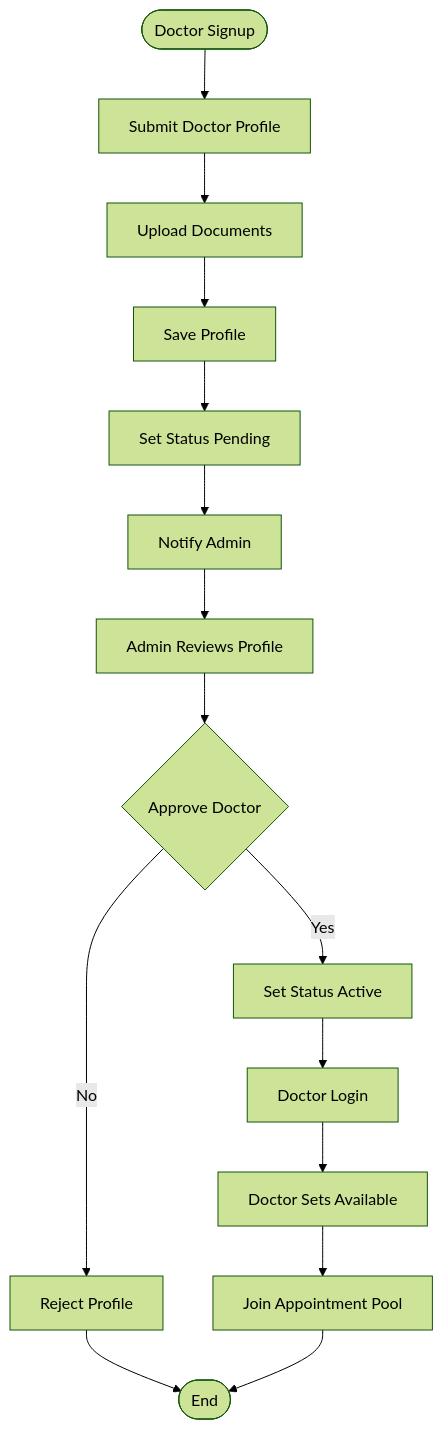
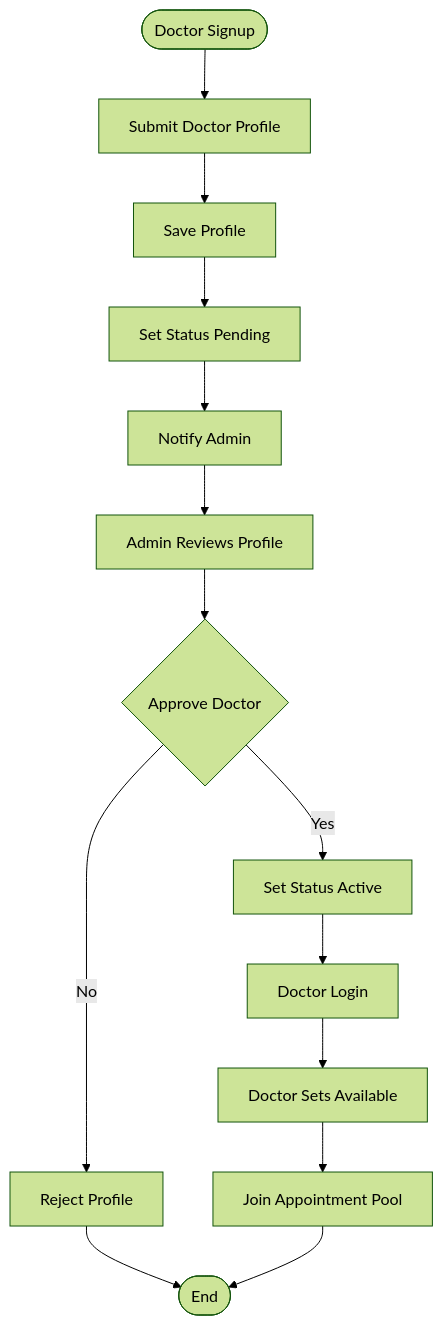
One commit to RobinMitra30/Online_Consultation_System changed the sixth of 12 diagrams in ARCHITECTURE.md. Above: the diagram before and after it, drawn with Mermaid (forest theme). The commit also changed other lines of this file, not shown here.

````diff
--- a/ARCHITECTURE.md
+++ b/ARCHITECTURE.md
@@ -269,37 +266,35 @@
 ```mermaid
 flowchart TD
 
     A([Doctor Signup])
 
     B[Submit Doctor Profile]
-
-    C[Upload Documents]
 
     D[Save Profile]
 
     E[Set Status Pending]
 
     F[Notify Admin]
 
     G[Admin Reviews Profile]
 
     H{Approve Doctor}
 
     I[Reject Profile]
 
     J[Set Status Active]
 
     K[Doctor Login]
 
     L[Doctor Sets Available]
 
     M[Join Appointment Pool]
 
     N([End])
 
-    A --> B --> C --> D --> E --> F --> G --> H
+    A --> B --> D --> E --> F --> G --> H
 
     H -- No --> I --> N
 
     H -- Yes --> J --> K --> L --> M --> N
 ```
````
